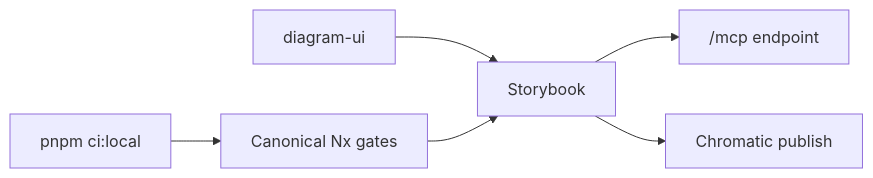
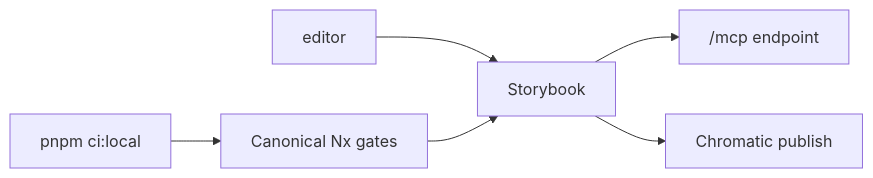
One commit to shpitdev/sketchi changed the diagram in docs/storybook-chromatic.md. Above: the diagram before and after it, drawn with Mermaid. The commit also changed other lines of this file and 6 other files, not shown here.

````diff
--- a/docs/storybook-chromatic.md
+++ b/docs/storybook-chromatic.md
@@ -12,8 +12,8 @@
 ```mermaid
 flowchart LR
-  UI["diagram-ui"] --> Storybook["Storybook"]
+  UI["editor"] --> Storybook["Storybook"]
   Storybook --> MCP["/mcp endpoint"]
   Storybook --> Chromatic["Chromatic publish"]
   CI["pnpm ci:local"] --> Build["Canonical Nx gates"]
   Build --> Storybook
 ```
````
